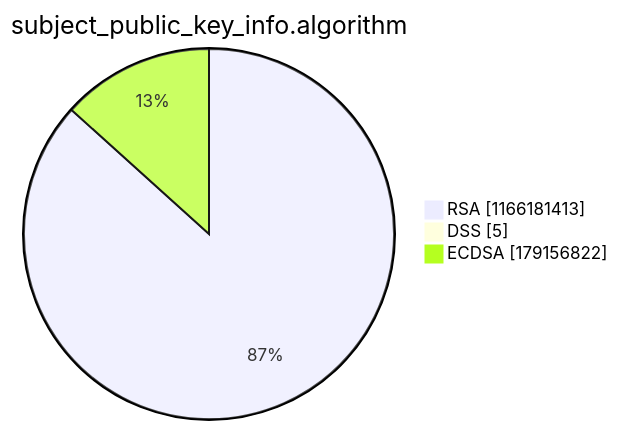
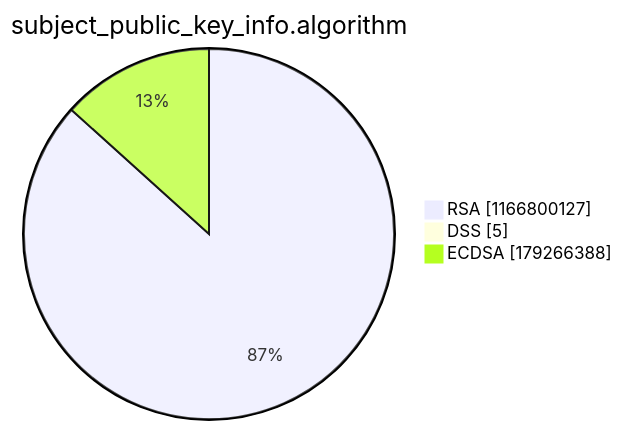
One commit to christiankrug/ctmonitor_visualization changed the third of 15 diagrams in argon2022/README.md. Above: the diagram before and after it, drawn with Mermaid. The commit also changed other lines of this file, not shown here.

````diff
--- a/argon2022/README.md
+++ b/argon2022/README.md
@@ -14,7 +14,7 @@
 ```mermaid
 pie showData
 title subject_public_key_info.algorithm
-"RSA" :1166181413
+"RSA" :1166800127
 "DSS" :5
-"ECDSA" :179156822
+"ECDSA" :179266388
 ```
````
